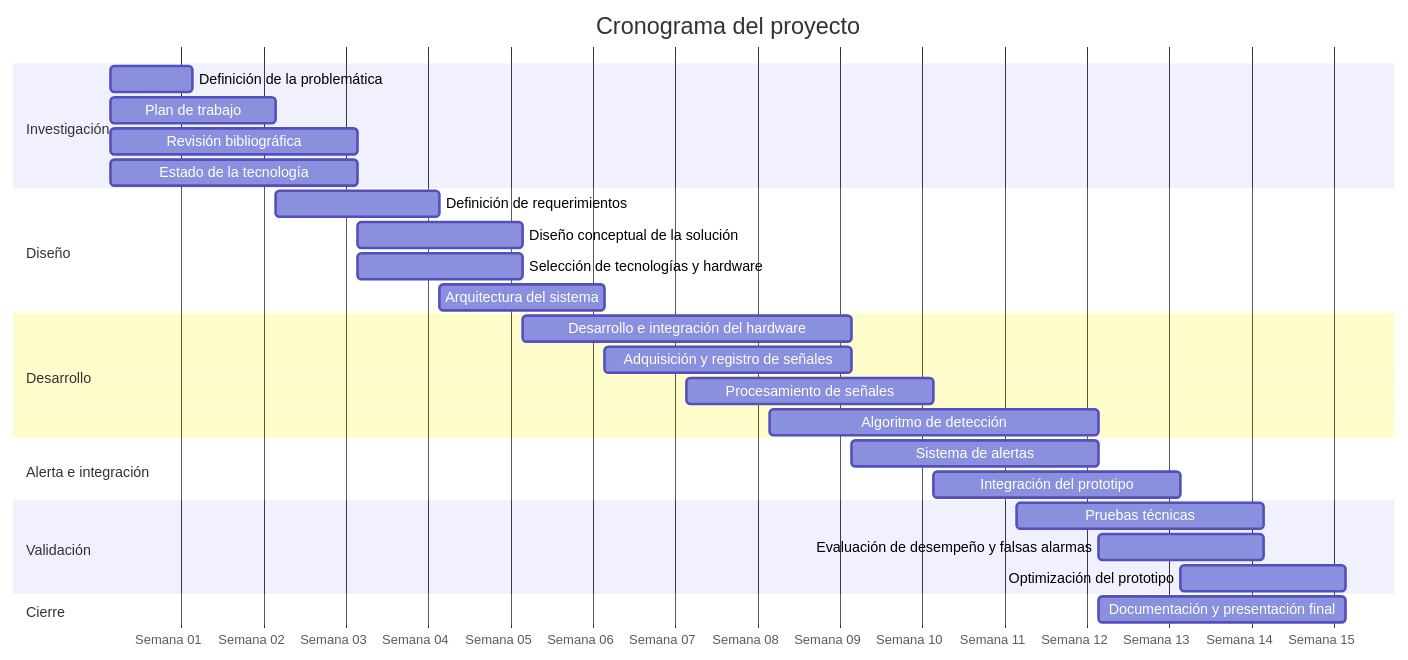
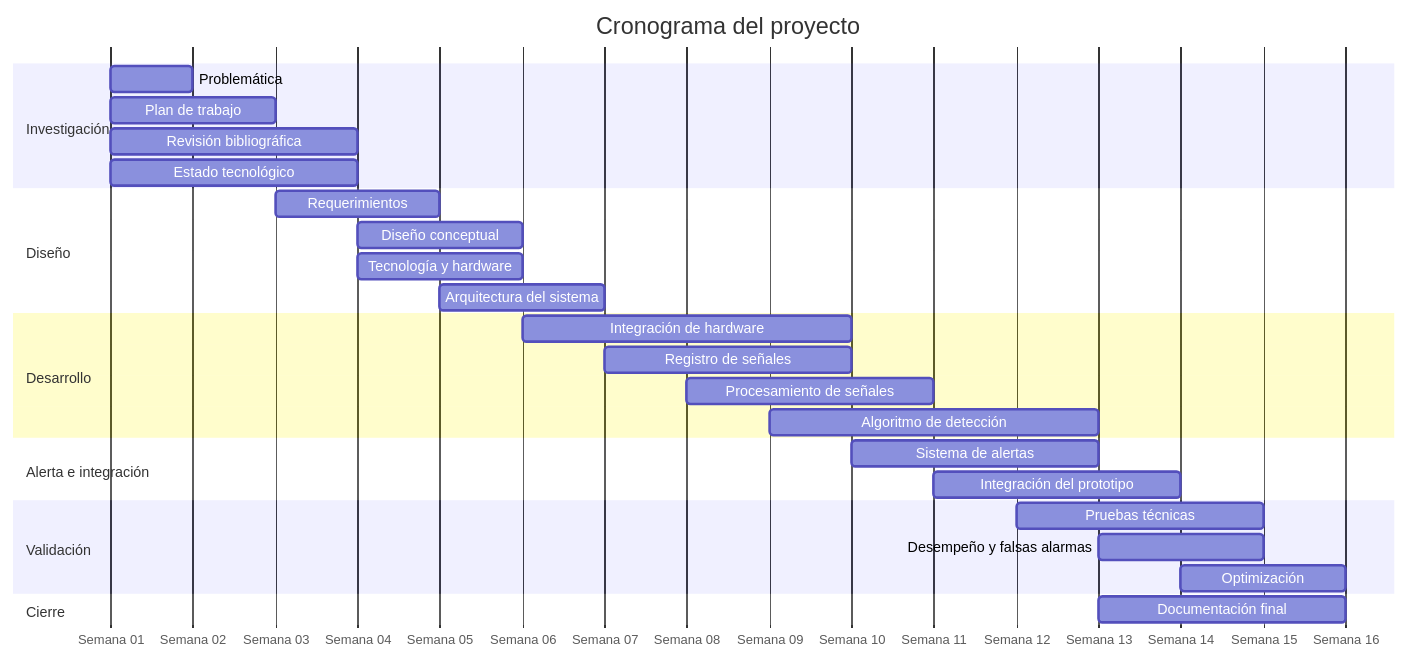
The diagram in README.md (Irac60/PDBI_G4), drawn with Mermaid before and after one commit.

Commit message:
Update README.md
Updated Gantt chart formatting and task descriptions.

````diff
--- a/README.md
+++ b/README.md
@@ -43,39 +43,64 @@
 ```mermaid
-%%{init: {"themeCSS": ".grid .tick text { transform: translateX(-30px); }"}}%%
+%%{init: {
+  "gantt": {
+    "barHeight": 34,
+    "barGap": 8,
+    "topPadding": 45,
+    "leftPadding": 170,
+    "fontSize": 10,
+    "sectionFontSize": 12
+  },
+  "themeCSS": "
+    .taskText {
+      font-size: 10px !important;
+      font-weight: 500 !important;
+    }
+    .taskTextOutsideRight,
+    .taskTextOutsideLeft {
+      font-size: 10px !important;
+    }
+    .grid .tick text {
+      transform: translateX(-30px);
+      font-size: 10px !important;
+    }
+  "
+}}%%
+
 gantt
     title Cronograma del proyecto
     dateFormat YYYY-MM-DD
-    axisFormat Semana %W　　
+    axisFormat Semana %W
     tickInterval 1week
+    weekday monday
     todayMarker off
 
     section Investigación
-    Definición de la problemática             :a1, 2026-01-05, 7d
-    Plan de trabajo                           :a2, 2026-01-05, 14d
-    Revisión bibliográfica                    :a3, 2026-01-05, 21d
-    Estado de la tecnología                   :a4, 2026-01-05, 21d
+    Problemática                         :a1, 2026-01-05, 7d
+    Plan de trabajo                      :a2, 2026-01-05, 14d
+    Revisión bibliográfica               :a3, 2026-01-05, 21d
+    Estado tecnológico                   :a4, 2026-01-05, 21d
 
     section Diseño
-    Definición de requerimientos              :b1, 2026-01-19, 14d
-    Diseño conceptual de la solución          :b2, 2026-01-26, 14d
-    Selección de tecnologías y hardware       :b3, 2026-01-26, 14d
-    Arquitectura del sistema                  :b4, 2026-02-02, 14d
+    Requerimientos                       :b1, 2026-01-19, 14d
+    Diseño conceptual                    :b2, 2026-01-26, 14d
+    Tecnología y hardware                :b3, 2026-01-26, 14d
+    Arquitectura del sistema             :b4, 2026-02-02, 14d
 
     section Desarrollo
-    Desarrollo e integración del hardware     :c1, 2026-02-09, 28d
-    Adquisición y registro de señales         :c2, 2026-02-16, 21d
-    Procesamiento de señales                  :c3, 2026-02-23, 21d
-    Algoritmo de detección                    :c4, 2026-03-02, 28d
+    Integración de hardware              :c1, 2026-02-09, 28d
+    Registro de señales                  :c2, 2026-02-16, 21d
+    Procesamiento de señales             :c3, 2026-02-23, 21d
+    Algoritmo de detección               :c4, 2026-03-02, 28d
 
     section Alerta e integración
-    Sistema de alertas                        :d1, 2026-03-09, 21d
-    Integración del prototipo                 :d2, 2026-03-16, 21d
+    Sistema de alertas                   :d1, 2026-03-09, 21d
+    Integración del prototipo            :d2, 2026-03-16, 21d
 
     section Validación
-    Pruebas técnicas                          :e1, 2026-03-23, 21d
-    Evaluación de desempeño y falsas alarmas  :e2, 2026-03-30, 14d
-    Optimización del prototipo                :e3, 2026-04-06, 14d
+    Pruebas técnicas                     :e1, 2026-03-23, 21d
+    Desempeño y falsas alarmas            :e2, 2026-03-30, 14d
+    Optimización                         :e3, 2026-04-06, 14d
 
     section Cierre
-    Documentación y presentación final        :f1, 2026-03-30, 21d
+    Documentación final                  :f1, 2026-03-30, 21d
 ```
````
